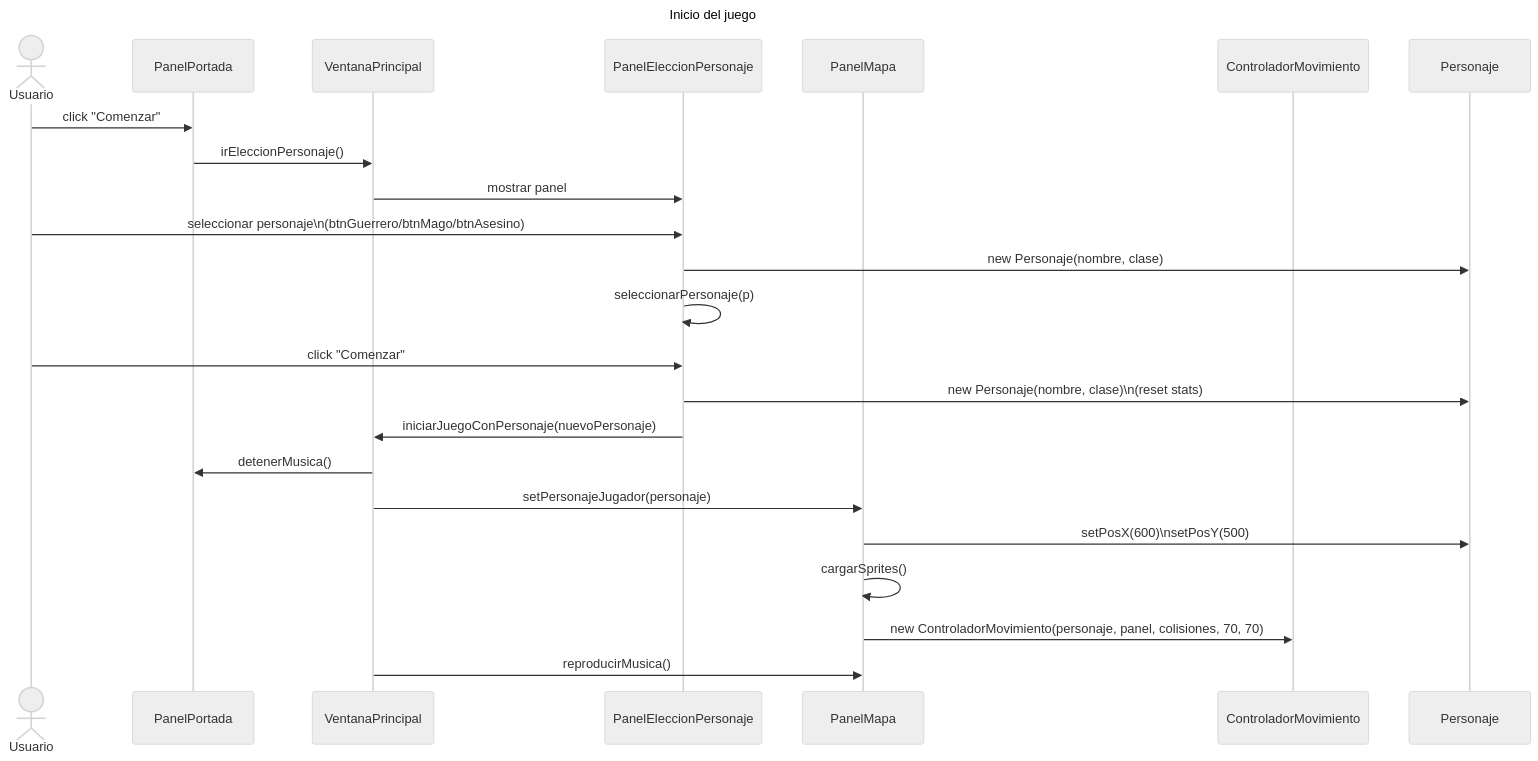
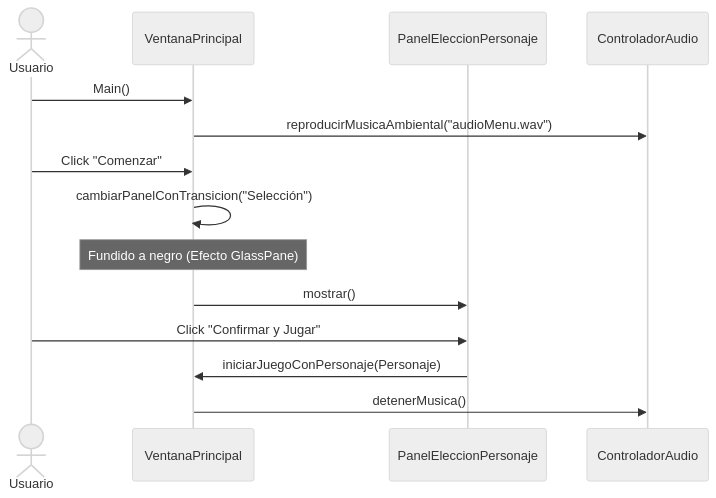
The first of 3 diagrams in SECUENCIAUML.md (adribarrera/Videojuego-Java), drawn with Mermaid (neutral theme) before and after one commit. The commit also changed other lines of this file and 4 other files, not shown here.

````diff
--- a/SECUENCIAUML.md
+++ b/SECUENCIAUML.md
@@ -2,31 +4,17 @@
 ```mermaid
 sequenceDiagram
-title Inicio del juego
+    actor U as Usuario
+    participant VP as VentanaPrincipal
+    participant PE as PanelEleccionPersonaje
+    participant CA as ControladorAudio
 
-actor Usuario
-participant PanelPortada
-participant VentanaPrincipal
-participant PanelEleccionPersonaje
-participant PanelMapa
-participant ControladorMovimiento
-participant Personaje
-
-Usuario->>PanelPortada: click "Comenzar"
-PanelPortada->>VentanaPrincipal: irEleccionPersonaje()
-VentanaPrincipal->>PanelEleccionPersonaje: mostrar panel
-
-Usuario->>PanelEleccionPersonaje: seleccionar personaje\n(btnGuerrero/btnMago/btnAsesino)
-PanelEleccionPersonaje->>Personaje: new Personaje(nombre, clase)
-PanelEleccionPersonaje->>PanelEleccionPersonaje: seleccionarPersonaje(p)
-
-Usuario->>PanelEleccionPersonaje: click "Comenzar"
-PanelEleccionPersonaje->>Personaje: new Personaje(nombre, clase)\n(reset stats)
-PanelEleccionPersonaje->>VentanaPrincipal: iniciarJuegoConPersonaje(nuevoPersonaje)
-
-VentanaPrincipal->>PanelPortada: detenerMusica()
-VentanaPrincipal->>PanelMapa: setPersonajeJugador(personaje)
-PanelMapa->>Personaje: setPosX(600)\nsetPosY(500)
-PanelMapa->>PanelMapa: cargarSprites()
-PanelMapa->>ControladorMovimiento: new ControladorMovimiento(personaje, panel, colisiones, 70, 70)
-VentanaPrincipal->>PanelMapa: reproducirMusica()
+    U->>VP: Main()
+    VP->>CA: reproducirMusicaAmbiental("audioMenu.wav")
+    U->>VP: Click "Comenzar"
+    VP->>VP: cambiarPanelConTransicion("Selección")
+    Note over VP: Fundido a negro (Efecto GlassPane)
+    VP->>PE: mostrar()
+    U->>PE: Click "Confirmar y Jugar"
+    PE->>VP: iniciarJuegoConPersonaje(Personaje)
+    VP->>CA: detenerMusica()
 ```
````
